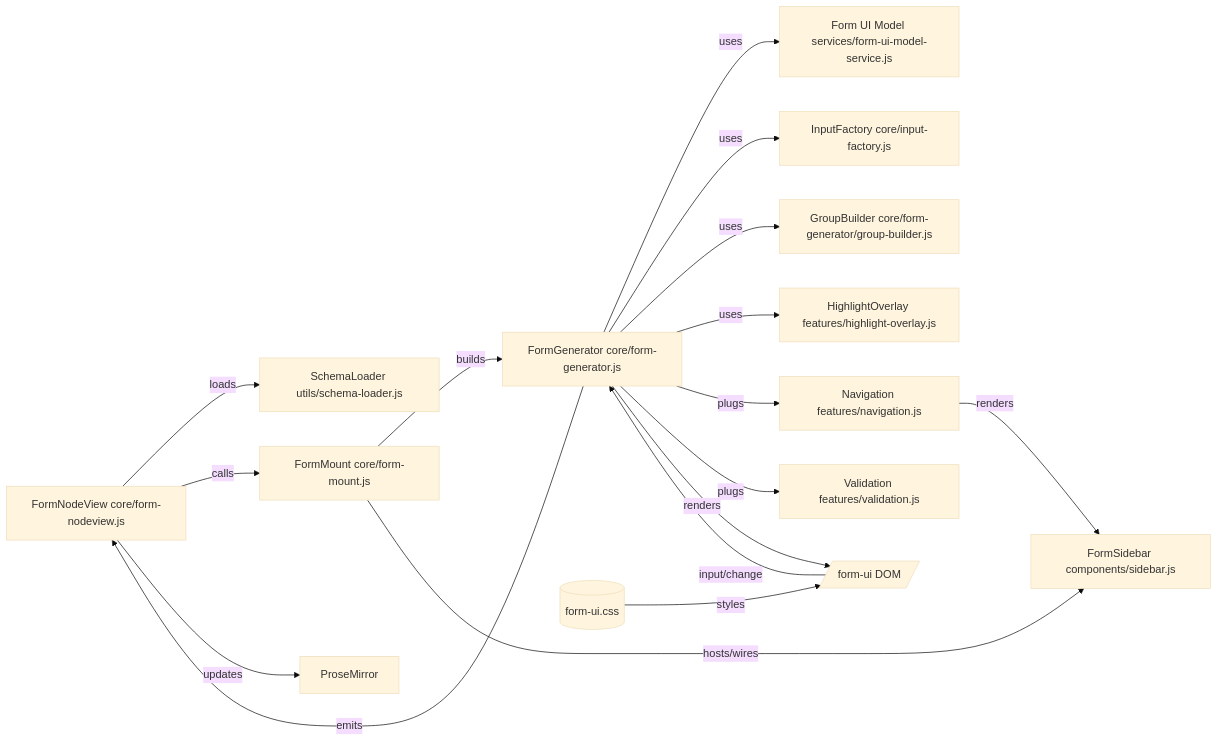
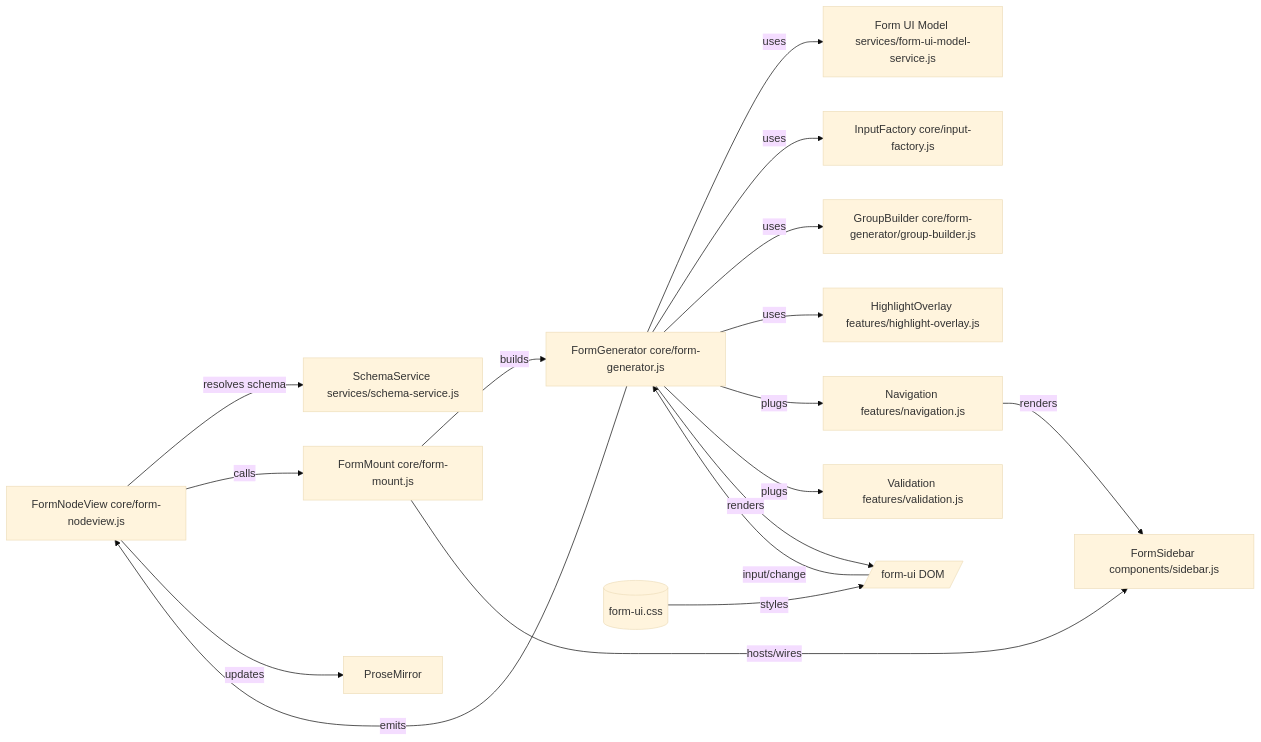
One commit to adobe/da-live changed the diagram in blocks/form/forms/libs/form-ui/doc/readme.md. Above: the diagram before and after it, drawn with Mermaid (base theme). The commit also changed other lines of this file and 3 other files, not shown here.

````diff
--- a/blocks/form/forms/libs/form-ui/doc/readme.md
+++ b/blocks/form/forms/libs/form-ui/doc/readme.md
@@ -7,30 +7,30 @@
 ```mermaid
 flowchart LR
   PM[FormNodeView core/form-nodeview.js]
   MOUNT[FormMount core/form-mount.js]
   FG[FormGenerator core/form-generator.js]
   FM[Form UI Model services/form-ui-model-service.js]
   IF[InputFactory core/input-factory.js]
   GB[GroupBuilder core/form-generator/group-builder.js]
   HO[HighlightOverlay features/highlight-overlay.js]
   NAV[Navigation features/navigation.js]
   VAL[Validation features/validation.js]
   SB[FormSidebar components/sidebar.js]
-  SL[SchemaLoader utils/schema-loader.js]
+  SS[SchemaService services/schema-service.js]
   CSS[(form-ui.css)]
 
-  PM -- loads --> SL
+  PM -- resolves schema --> SS
   PM -- calls --> MOUNT
   MOUNT -- builds --> FG
   FG -- uses --> FM
   FG -- uses --> IF
   FG -- uses --> GB
   FG -- uses --> HO
   FG -- plugs --> NAV
   FG -- plugs --> VAL
   MOUNT -- hosts/wires --> SB
   NAV -- renders --> SB
   FG -- renders --> DOM[/form-ui DOM/]
   CSS -- styles --> DOM
   DOM -- input/change --> FG -- emits --> PM -- updates --> ProseMirror
 ```
````
